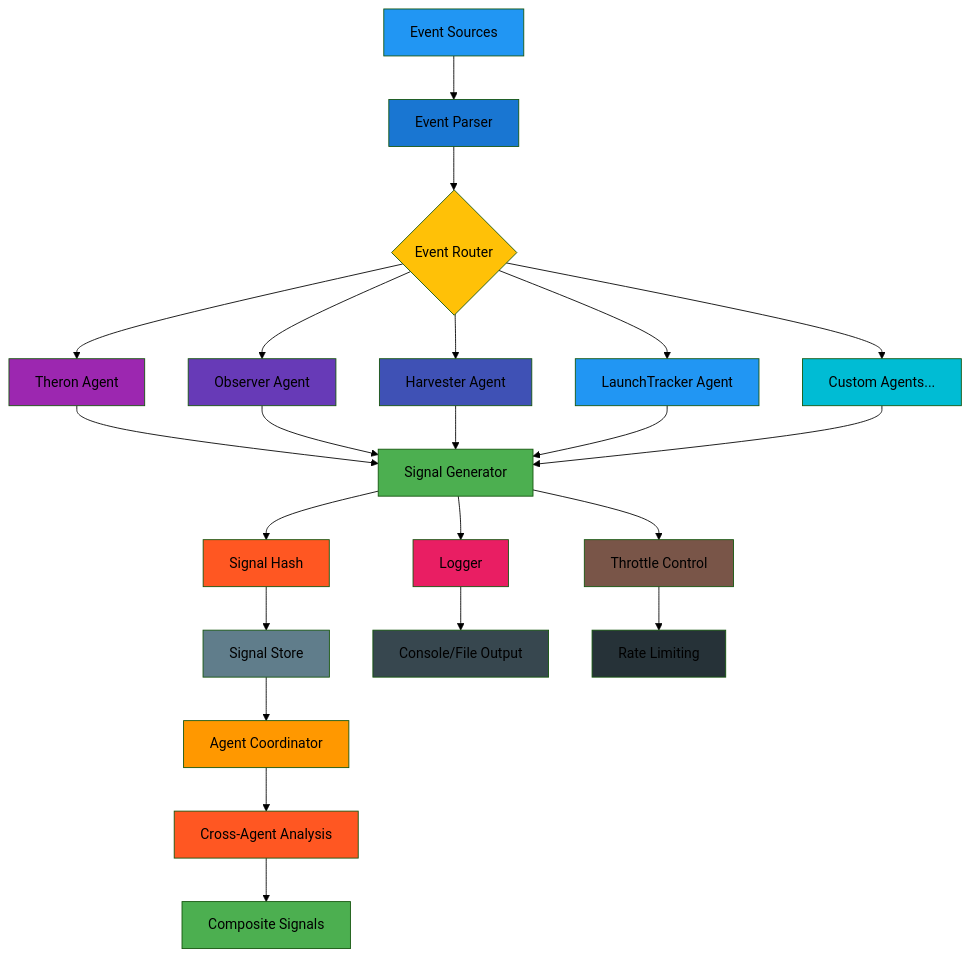
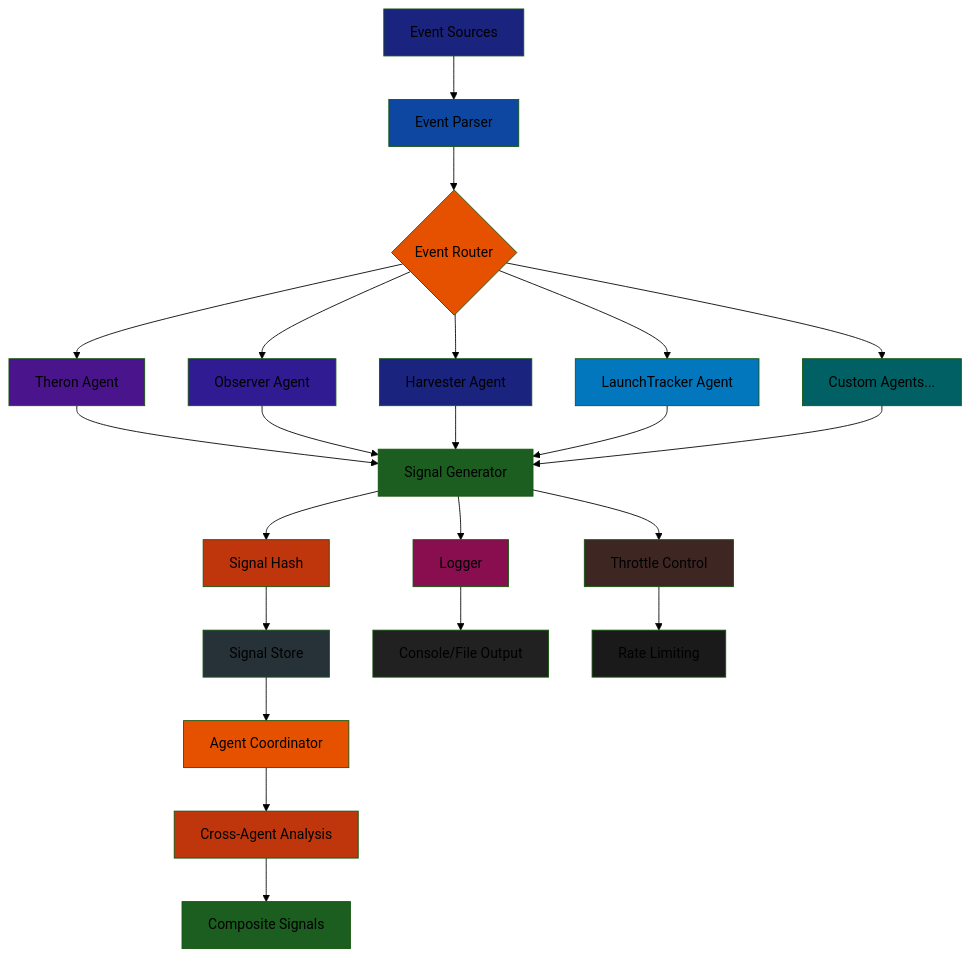
The diagram in README.md (EremosCore/Eremos), drawn with Mermaid (forest theme) before and after one commit.

Commit message:
Architecture restructure for agent coordination

````diff
--- a/README.md
+++ b/README.md
@@ -66,48 +66,48 @@
 ```mermaid
 graph TD
     A[Event Sources] --> B[Event Parser]
     B --> C{Event Router}
     
     C --> D[Theron Agent]
     C --> E[Observer Agent]
     C --> F[Harvester Agent]
     C --> G[LaunchTracker Agent]
     C --> H[Custom Agents...]
     
     D --> I[Signal Generator]
     E --> I
     F --> I
     G --> I
     H --> I
     
     I --> J[Signal Hash]
     I --> K[Logger]
     I --> L[Throttle Control]
     
     J --> M[Signal Store]
     K --> N[Console/File Output]
     L --> O[Rate Limiting]
     
     M --> P[Agent Coordinator]
     P --> Q[Cross-Agent Analysis]
     Q --> R[Composite Signals]
     
-    style A fill:#2196f3
-    style B fill:#1976d2
-    style C fill:#ffc107
-    style D fill:#9c27b0
-    style E fill:#673ab7
-    style F fill:#3f51b5
-    style G fill:#2196f3
-    style H fill:#00bcd4
-    style I fill:#4caf50
-    style J fill:#ff5722
-    style K fill:#e91e63
-    style L fill:#795548
-    style M fill:#607d8b
-    style N fill:#37474f
-    style O fill:#263238
-    style P fill:#ff9800
-    style Q fill:#ff5722
-    style R fill:#4caf50
+    style A fill:#1a237e
+    style B fill:#0d47a1
+    style C fill:#e65100
+    style D fill:#4a148c
+    style E fill:#311b92
+    style F fill:#1a237e
+    style G fill:#0277bd
+    style H fill:#006064
+    style I fill:#1b5e20
+    style J fill:#bf360c
+    style K fill:#880e4f
+    style L fill:#3e2723
+    style M fill:#263238
+    style N fill:#212121
+    style O fill:#1a1a1a
+    style P fill:#e65100
+    style Q fill:#bf360c
+    style R fill:#1b5e20
 ```
````
